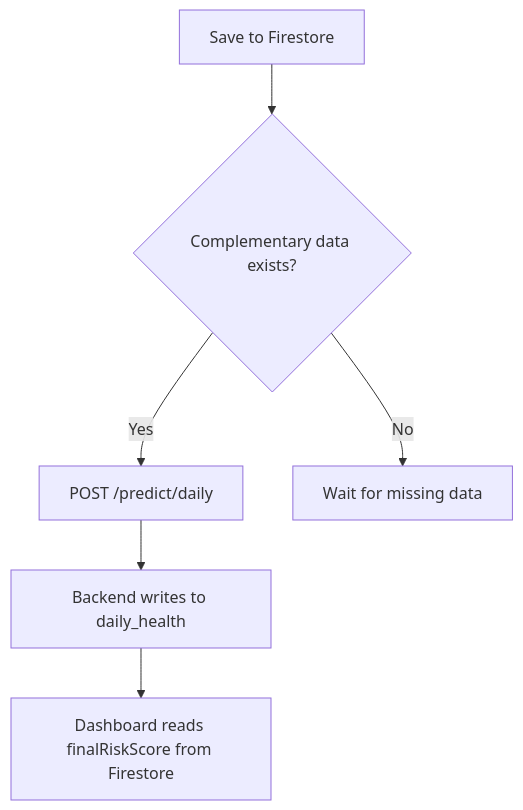
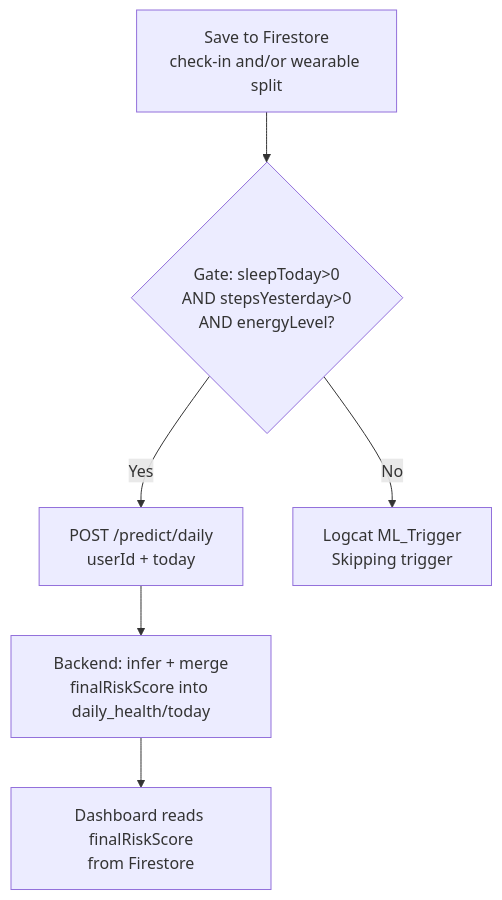
The first of 5 diagrams in docs/LLD.md (yahav97/final_project_AthleAgent), drawn with Mermaid before and after one commit. The commit also changed other lines of this file and 7 other files, not shown here.

````diff
--- a/docs/LLD.md
+++ b/docs/LLD.md
@@ -135,8 +166,8 @@
 ```mermaid
 flowchart TD
-    Save[Save to Firestore] --> Check{Complementary data exists?}
-    Check -->|Yes| API[POST /predict/daily]
-    Check -->|No| Wait[Wait for missing data]
-    API --> FS[Backend writes to daily_health]
-    FS --> UI[Dashboard reads finalRiskScore from Firestore]
+    Save[Save to Firestore<br/>check-in and/or wearable split] --> Gate{Gate: sleepToday>0<br/>AND stepsYesterday>0<br/>AND energyLevel?}
+    Gate -->|Yes| API[POST /predict/daily<br/>userId + today]
+    Gate -->|No| Skip[Logcat ML_Trigger<br/>Skipping trigger]
+    API --> BE[Backend: infer + merge<br/>finalRiskScore into daily_health/today]
+    BE --> UI[Dashboard reads finalRiskScore<br/>from Firestore]
 ```
````
